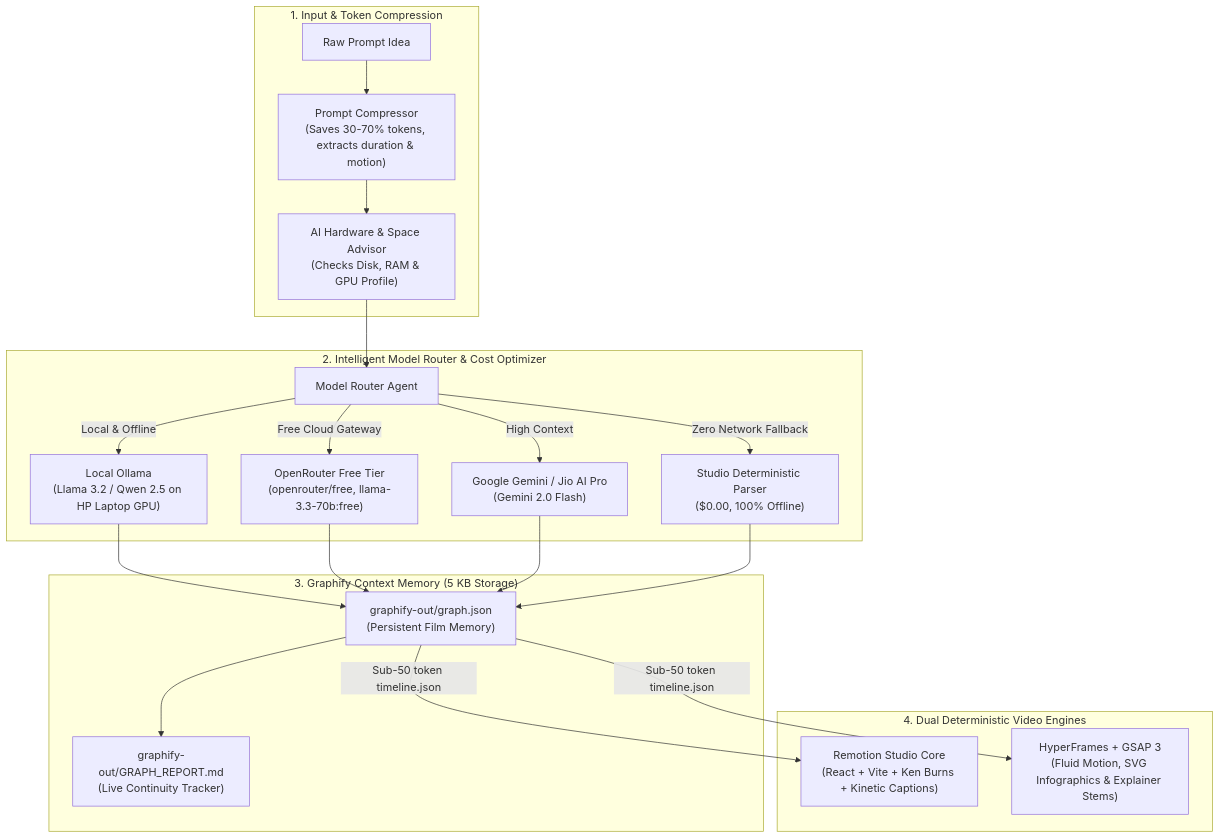
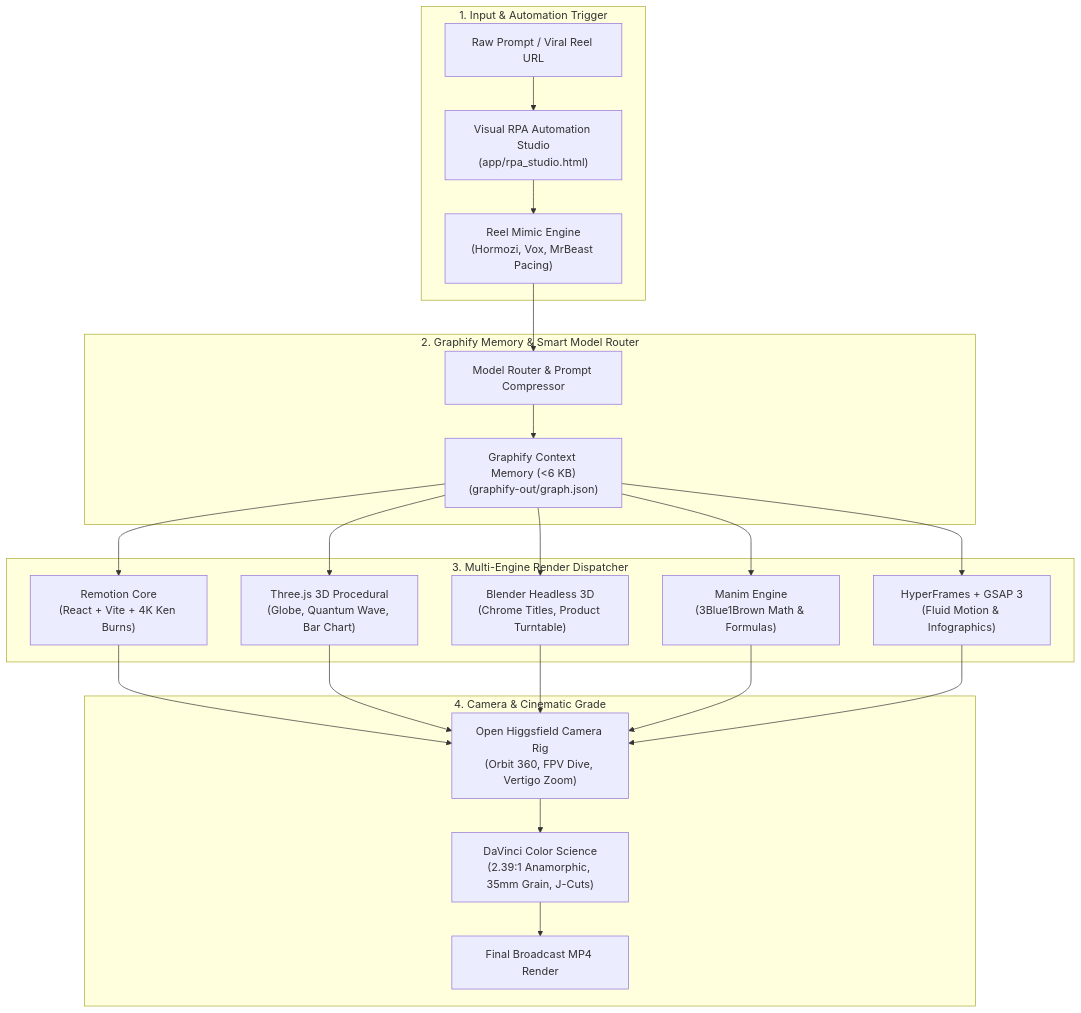
Before and after one commit to Bakulesh1Codes108/Complete-Local-Video-Studio-Engine-: the diagram in README.md, drawn with Mermaid. The commit also changed other lines of this file and 14 other files, not shown here.

Commit message:
feat: add Open Higgsfield camera rigs, Three.js 3D scenes, Blender headless engine, Manim math engine, Reel Mimic cloner, and Visual RPA Studio UI

````diff
--- a/README.md
+++ b/README.md
@@ -67,33 +27,30 @@
 ```mermaid
 flowchart TD
-    subgraph InputLayer ["1. Input & Token Compression"]
-        Raw["Raw Prompt Idea"] --> Comp["Prompt Compressor<br>(Saves 30-70% tokens, extracts duration & motion)"]
-        Comp --> Adv["AI Hardware & Space Advisor<br>(Checks Disk, RAM & GPU Profile)"]
+    subgraph InputLayer ["1. Input & Automation Trigger"]
+        Raw["Raw Prompt / Viral Reel URL"] --> RPA["Visual RPA Automation Studio<br>(app/rpa_studio.html)"]
+        RPA --> Mimic["Reel Mimic Engine<br>(Hormozi, Vox, MrBeast Pacing)"]
     end
 
-    subgraph RoutingLayer ["2. Intelligent Model Router & Cost Optimizer"]
-        Router["Model Router Agent"]
-        Adv --> Router
-        Router -->|Local & Offline| Ollama["Local Ollama<br>(Llama 3.2 / Qwen 2.5 on HP Laptop GPU)"]
-        Router -->|Free Cloud Gateway| OR["OpenRouter Free Tier<br>(openrouter/free, llama-3.3-70b:free)"]
-        Router -->|High Context| Gem["Google Gemini / Jio AI Pro<br>(Gemini 2.0 Flash)"]
-        Router -->|Zero Network Fallback| Rule["Studio Deterministic Parser<br>($0.00, 100% Offline)"]
+    subgraph MemoryAndRouting ["2. Graphify Memory & Smart Model Router"]
+        Mimic --> Router["Model Router & Prompt Compressor"]
+        Router --> Mem["Graphify Context Memory (<6 KB)<br>(graphify-out/graph.json)"]
     end
 
-    subgraph MemoryLayer ["3. Graphify Context Memory (5 KB Storage)"]
-        G1["graphify-out/graph.json<br>(Persistent Film Memory)"]
-        G2["graphify-out/GRAPH_REPORT.md<br>(Live Continuity Tracker)"]
-        Ollama --> G1
-        OR --> G1
-        Gem --> G1
-        Rule --> G1
-        G1 --> G2
+    subgraph MultiEngines ["3. Multi-Engine Render Dispatcher"]
+        Mem --> Rem["Remotion Core<br>(React + Vite + 4K Ken Burns)"]
+        Mem --> Three["Three.js 3D Procedural<br>(Globe, Quantum Wave, Bar Chart)"]
+        Mem --> Blen["Blender Headless 3D<br>(Chrome Titles, Product Turntable)"]
+        Mem --> Man["Manim Engine<br>(3Blue1Brown Math & Formulas)"]
+        Mem --> GSAP["HyperFrames + GSAP 3<br>(Fluid Motion & Infographics)"]
     end
 
-    subgraph VideoEngines ["4. Dual Deterministic Video Engines"]
-        R1["Remotion Studio Core<br>(React + Vite + Ken Burns + Kinetic Captions)"]
-        H1["HyperFrames + GSAP 3<br>(Fluid Motion, SVG Infographics & Explainer Stems)"]
-        G1 -->|Sub-50 token timeline.json| R1
-        G1 -->|Sub-50 token timeline.json| H1
+    subgraph PostProduction ["4. Camera & Cinematic Grade"]
+        Rem --> Higgs["Open Higgsfield Camera Rig<br>(Orbit 360, FPV Dive, Vertigo Zoom)"]
+        Three --> Higgs
+        Blen --> Higgs
+        Man --> Higgs
+        GSAP --> Higgs
+        Higgs --> DaVinci["DaVinci Color Science<br>(2.39:1 Anamorphic, 35mm Grain, J-Cuts)"]
+        DaVinci --> Final["Final Broadcast MP4 Render"]
     end
 ```
````
